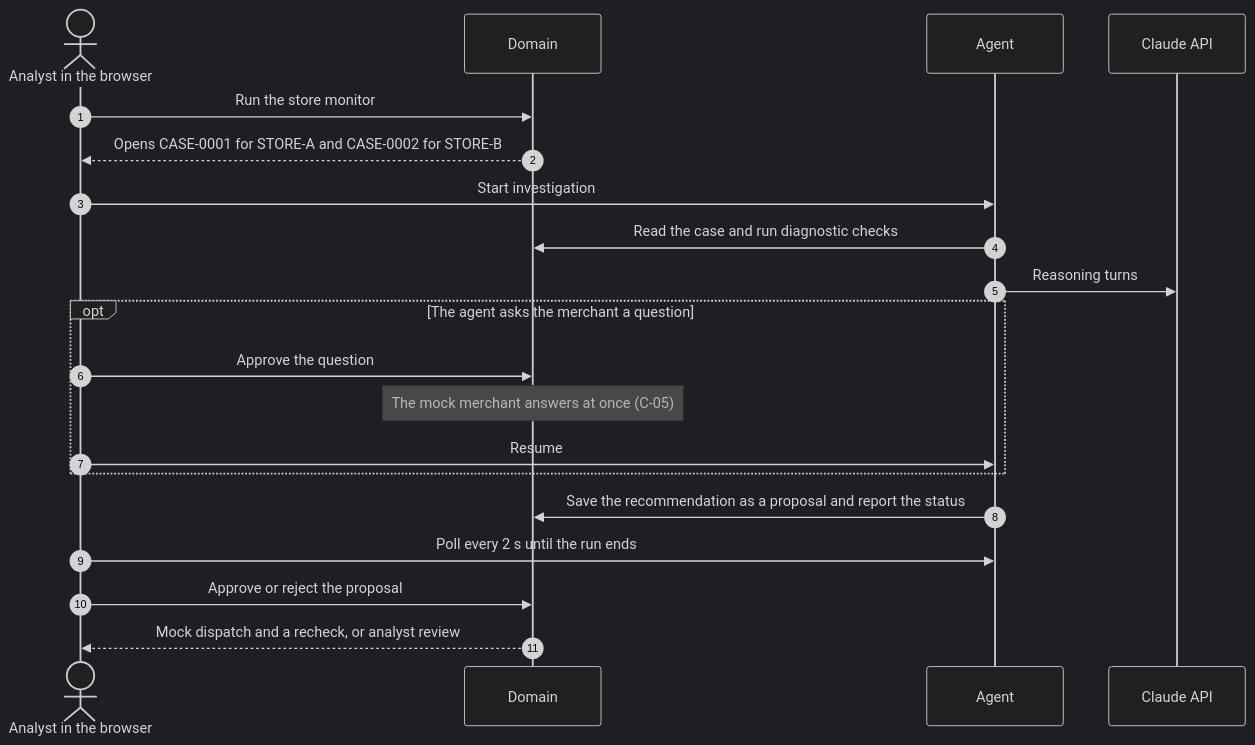
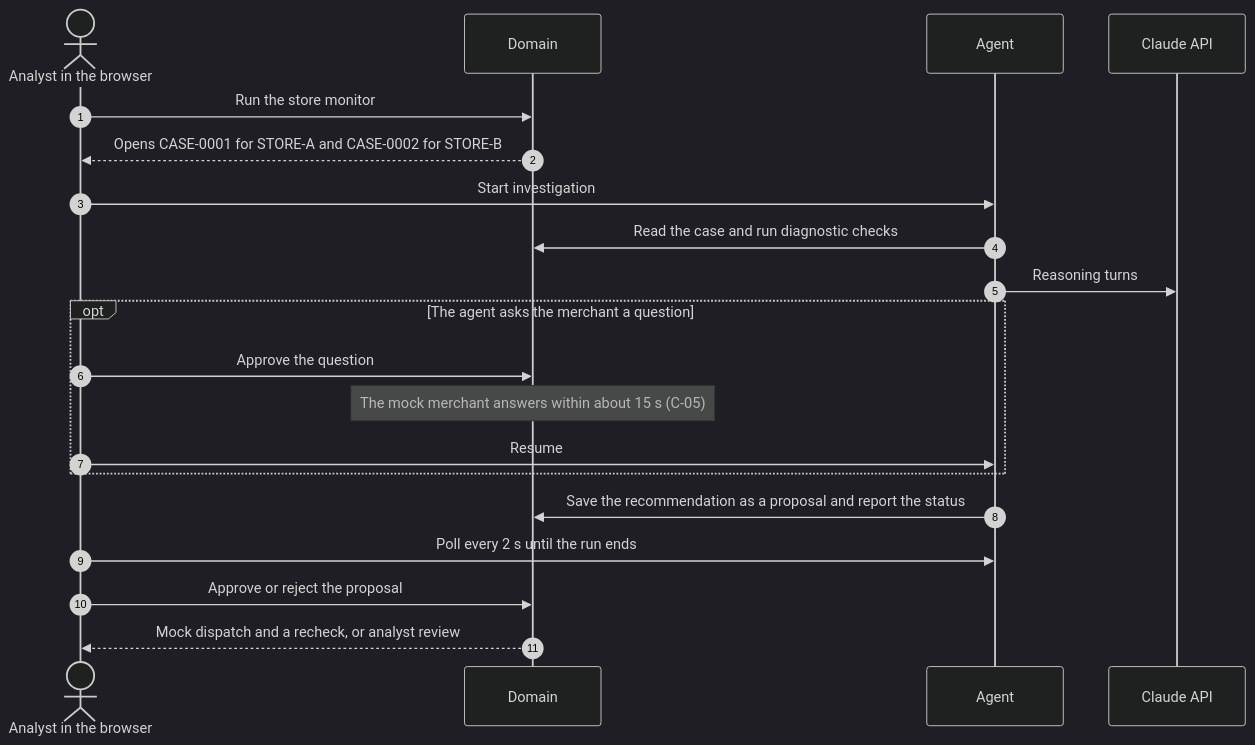
Before and after one commit to Beaconfire-GenAI-Sep26/retail-internal-ai-agent: the diagram in docs/e2e-testing.md, drawn with Mermaid (dark theme). The commit also changed other lines of this file and 11 other files, not shown here.

````diff
--- a/docs/e2e-testing.md
+++ b/docs/e2e-testing.md
@@ -30,22 +30,22 @@
 ```mermaid
 sequenceDiagram
     autonumber
     actor U as Analyst in the browser
     participant D as Domain
     participant A as Agent
     participant C as Claude API
     U->>D: Run the store monitor
     D-->>U: Opens CASE-0001 for STORE-A and CASE-0002 for STORE-B
     U->>A: Start investigation
     A->>D: Read the case and run diagnostic checks
     A->>C: Reasoning turns
     opt The agent asks the merchant a question
         U->>D: Approve the question
-        Note over D: The mock merchant answers at once (C-05)
+        Note over D: The mock merchant answers within about 15 s (C-05)
         U->>A: Resume
     end
     A->>D: Save the recommendation as a proposal and report the status
     U->>A: Poll every 2 s until the run ends
     U->>D: Approve or reject the proposal
     D-->>U: Mock dispatch and a recheck, or analyst review
 ```
````
